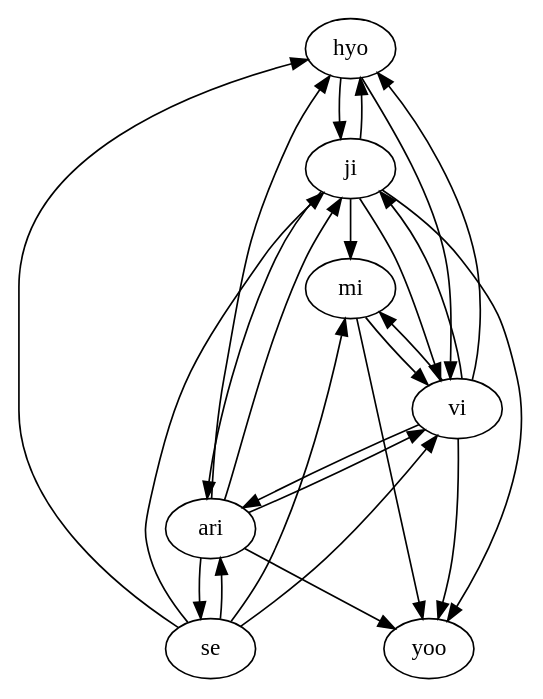
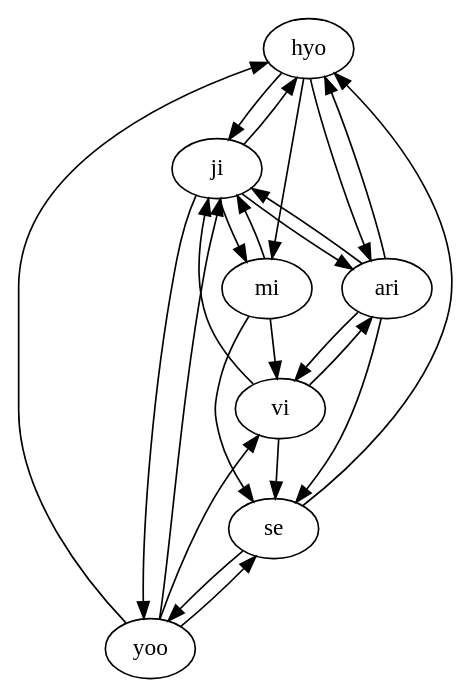
One commit to hannimpeha/WS changed the diagram in src/main/java/resource/awesome.dot. Above: the diagram before and after it, drawn with Graphviz. The commit also changed 5 other files, not shown here.

```diff
--- a/src/main/java/resource/awesome.dot
+++ b/src/main/java/resource/awesome.dot
@@ -1,26 +1,25 @@
 digraph {
 hyo->ji;
 ji->hyo;
-hyo->vi;
-vi->hyo;
+yoo->hyo;
+hyo->mi;
 se->hyo;
+hyo->ari;
 ari->hyo;
 ji->yoo;
+yoo->ji;
 ji->mi;
-ji->vi;
+mi->ji;
 vi->ji;
-se->ji;
 ji->ari;
 ari->ji;
-mi->yoo;
-vi->yoo;
-ari->yoo;
+yoo->vi;
+yoo->se;
+se->yoo;
 mi->vi;
-vi->mi;
-se->mi;
-se->vi;
+mi->se;
+vi->se;
 vi->ari;
 ari->vi;
-se->ari;
 ari->se;
 }
```
